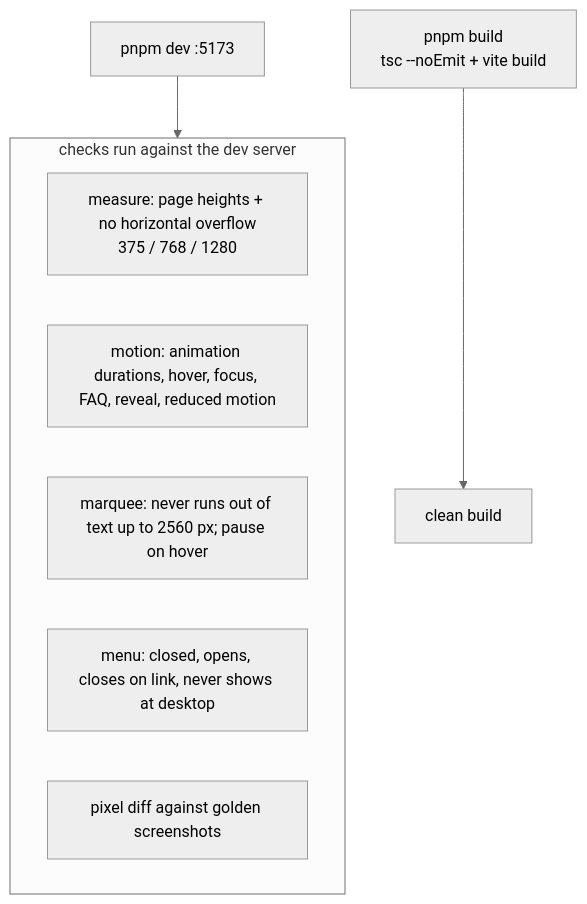
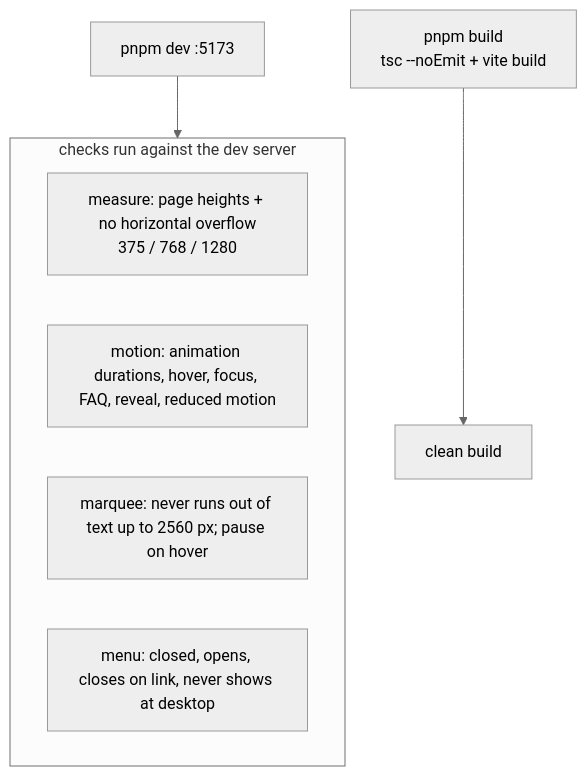
The sixth of 6 diagrams in docs/ARCHITECTURE.md (princesatapathy/Lumen-and-co), drawn with Mermaid (neutral theme) before and after one commit. The commit also changed other lines of this file and 11 other files, not shown here.

````diff
--- a/docs/ARCHITECTURE.md
+++ b/docs/ARCHITECTURE.md
@@ -136,12 +136,11 @@
 ```mermaid
 flowchart TD
   dev[pnpm dev :5173] --> checks
   subgraph checks[checks run against the dev server]
     h[measure: page heights + no horizontal overflow<br/>375 / 768 / 1280]
     m[motion: animation durations, hover, focus, FAQ, reveal, reduced motion]
     mq[marquee: never runs out of text up to 2560 px; pause on hover]
     mn[menu: closed, opens, closes on link, never shows at desktop]
-    px[pixel diff against golden screenshots]
   end
   build[pnpm build<br/>tsc --noEmit + vite build] --> ok[clean build]
 ```
````
